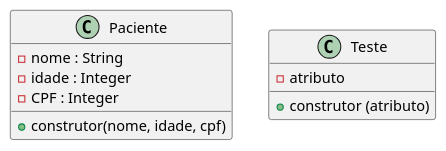
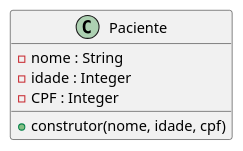
The diagram in diagrama.plantuml (anleaes/2022-1-N2-POO-03), drawn with PlantUML before and after one commit.

Commit message:
excluido classe Teste

```diff
--- a/diagrama.plantuml
+++ b/diagrama.plantuml
@@ -1,14 +1,10 @@
 @startuml Gerenciamento de Exames Medicos
 
     class Paciente{
         - nome : String
         - idade : Integer
         - CPF : Integer
         + construtor(nome, idade, cpf)
     }
-    class Teste{
-        - atributo
-        + construtor (atributo)
-    }
 
 @enduml
```
